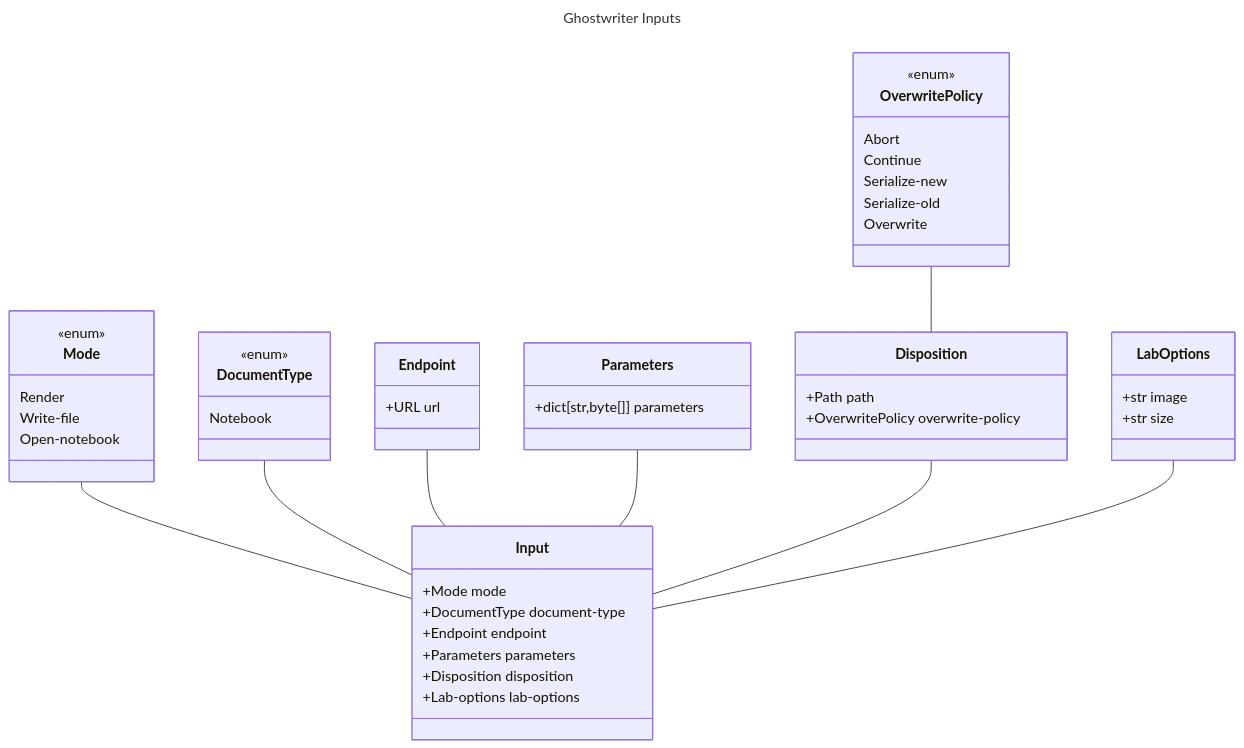
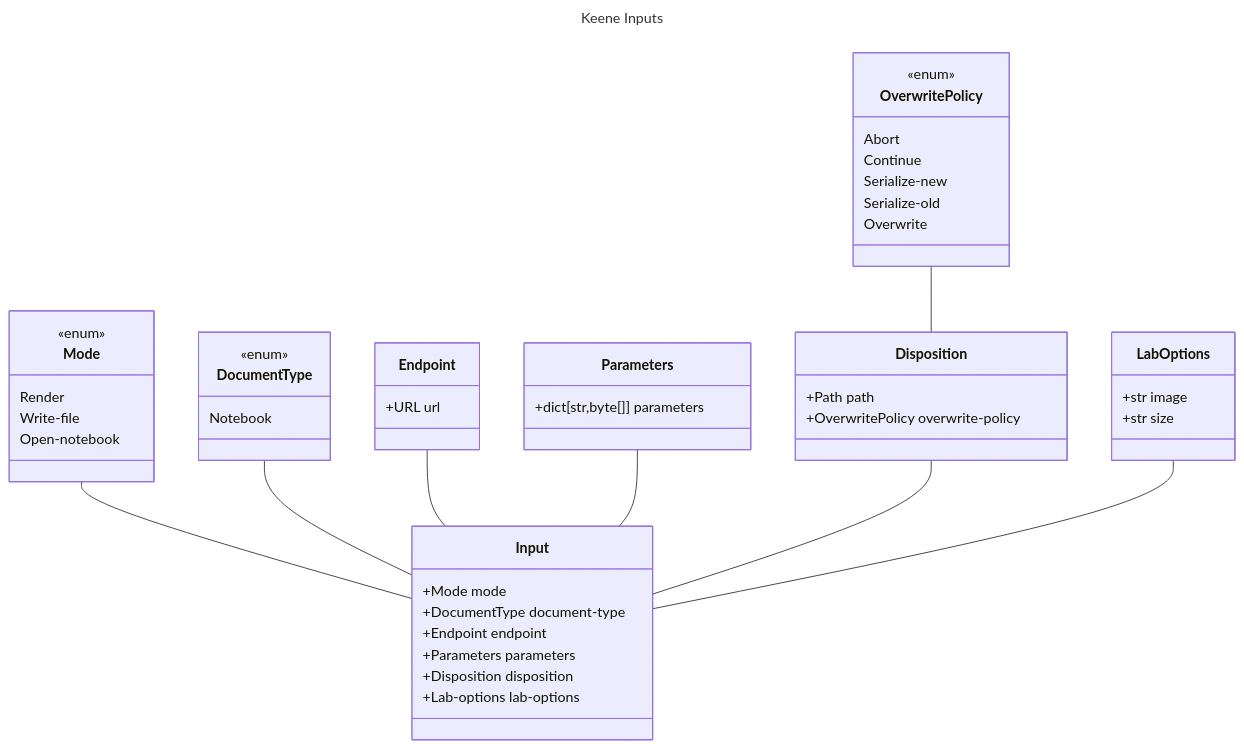
The fourth of 5 diagrams in index.md (lsst-sqre/sqr-110), drawn with Mermaid before and after one commit. The commit also changed other lines of this file, not shown here.

Commit message:
Rename backend service to Keene

````diff
--- a/index.md
+++ b/index.md
@@ -377,60 +377,60 @@
 ```mermaid
 ---
-title: Ghostwriter Inputs
+title: Keene Inputs
 ---
 
 classDiagram
   Input : +Mode mode
   Input : +DocumentType document-type
   Input : +Endpoint endpoint
   Input : +Parameters parameters
   Input : +Disposition disposition
   Input : +Lab-options lab-options
 
   class Mode{
     <<enum>>
     Render
     Write-file
     Open-notebook
   }
 
   class DocumentType{
     <<enum>>
     Notebook
   }
   
   class Endpoint {
     +URL url
   }
   
   class Parameters{
     +dict[str,byte[]] parameters
   }
 
   class Disposition{
     +Path path
     +OverwritePolicy overwrite-policy
   }
 
   class OverwritePolicy{
     <<enum>>
     Abort
     Continue
     Serialize-new
     Serialize-old
     Overwrite
   }
 
   class LabOptions{
     +str image
     +str size
   }
 
   Mode -- Input
   DocumentType -- Input
   Endpoint -- Input
   Parameters -- Input
   Disposition -- Input
   LabOptions -- Input
   OverwritePolicy -- Disposition
 ```
````
